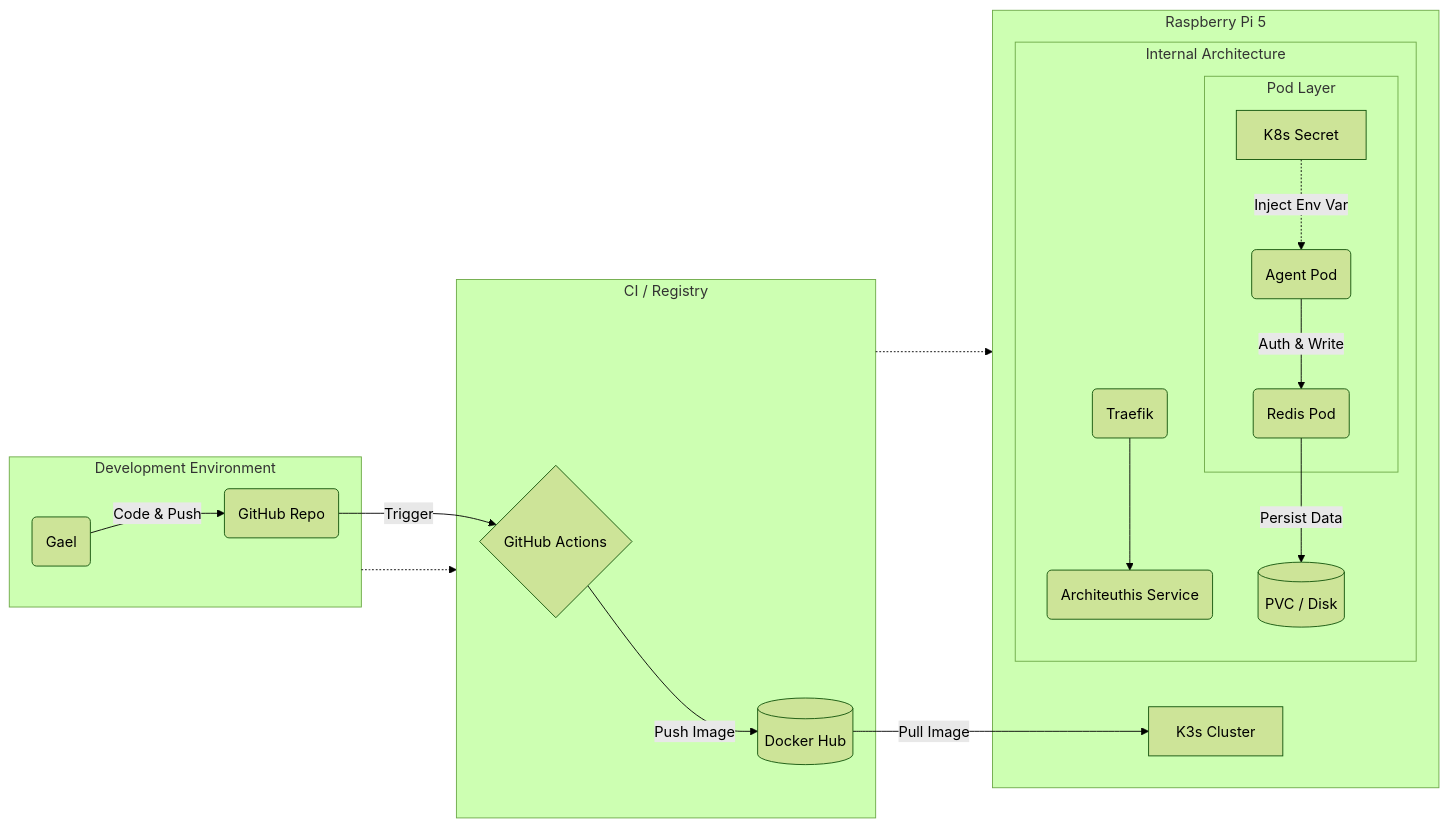
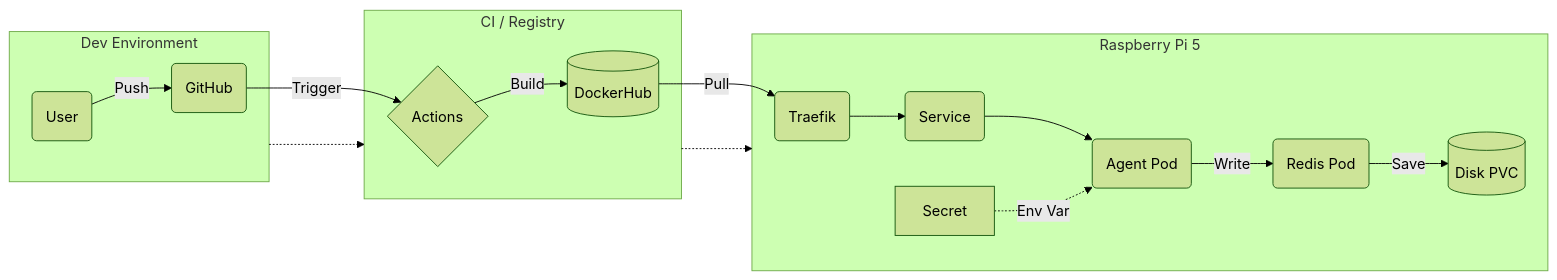
One commit to Gael-Troadec/K3s-Pi5-Lab changed the diagram in README.md. Above: the diagram before and after it, drawn with Mermaid (forest theme).

````diff
--- a/README.md
+++ b/README.md
@@ -41,30 +41,23 @@
 ```mermaid
 graph LR
-    subgraph Dev_Env ["Development Environment"]
-        User("Gael") -->|Code & Push| GitHub("GitHub Repo")
+    subgraph Dev ["Dev Environment"]
+        User(User) -->|Push| Git(GitHub)
     end
     
-    subgraph CI_CD ["CI / Registry"]
-        GitHub -->|Trigger| Actions{"GitHub Actions"}
-        Actions -->|Push Image| Hub[("Docker Hub")]
+    subgraph CI ["CI / Registry"]
+        Git -->|Trigger| Action{Actions}
+        Action -->|Build| Hub[(DockerHub)]
     end
     
-    subgraph Edge ["Raspberry Pi 5"]
-        Hub -->|Pull Image| K3s["K3s Cluster"]
-        
-        subgraph Cluster ["Internal Architecture"]
-            Ingress("Traefik") --> AppSvc("Architeuthis Service")
-            
-            subgraph Pods ["Pod Layer"]
-                Secret["K8s Secret"] -.->|Inject Env Var| AppPod("Agent Pod")
-                AppPod -->|Auth & Write| RedisPod("Redis Pod")
-            end
-            
-            RedisPod -->|Persist Data| PVC[("PVC / Disk")]
-        end
+    subgraph Prod ["Raspberry Pi 5"]
+        Hub -->|Pull| Ingress(Traefik)
+        Ingress --> Svc(Service)
+        Svc --> Pod(Agent Pod)
+        Secret[Secret] -.->|Env Var| Pod
+        Pod -->|Write| Redis(Redis Pod)
+        Redis -->|Save| PVC[(Disk PVC)]
     end
     
-    %% Links
-    Dev_Env -.-> CI_CD
-    CI_CD -.-> Edge
+    Dev -.-> CI
+    CI -.-> Prod
 ```
````
